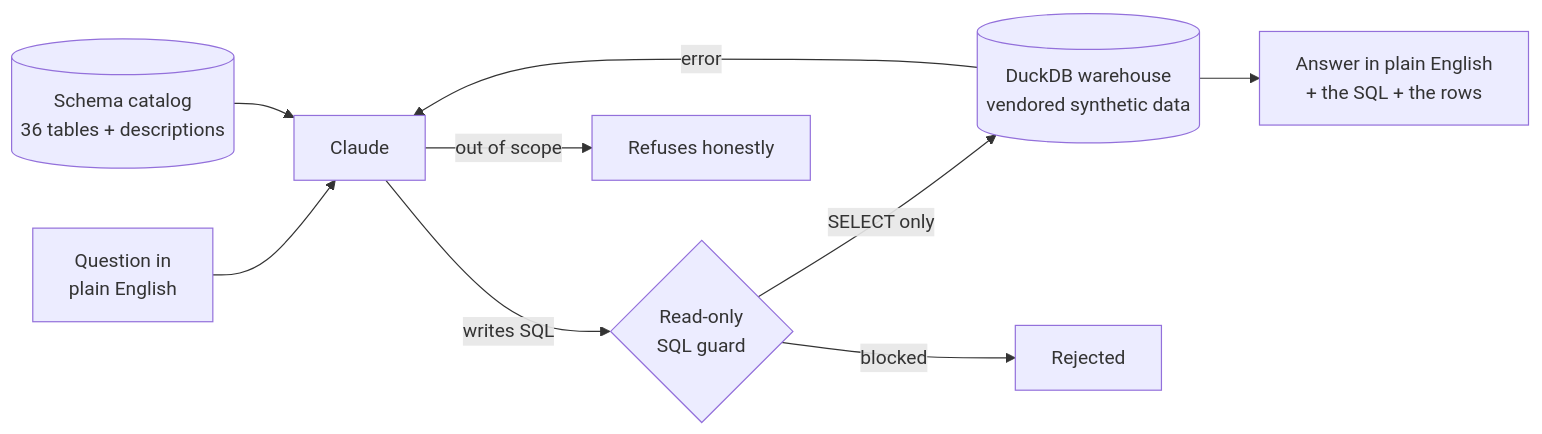
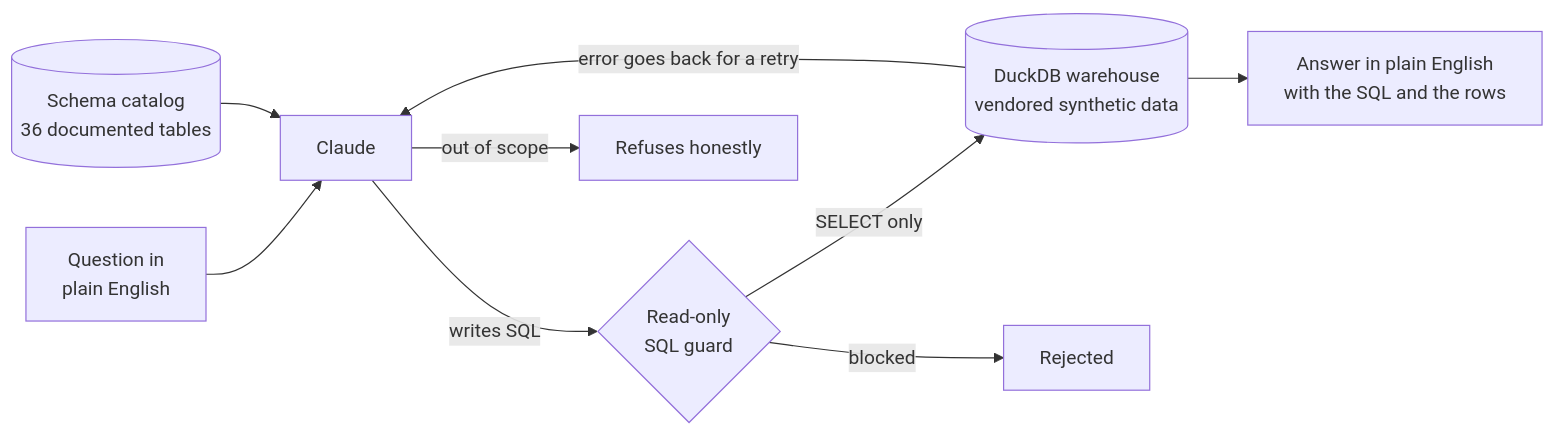
Before and after one commit to KushPatel29/IVA: the diagram in README.md, drawn with Mermaid.

Commit message:
Fix mermaid diagram so GitHub renders it (proven-safe dialect: unquoted node labels, quoted edge labels, no quoted cylinder shapes)

````diff
--- a/README.md
+++ b/README.md
@@ -82,11 +82,11 @@
 ```mermaid
 flowchart LR
-    Q["Question in<br/>plain English"] --> A[Claude]
-    C[("Schema catalog<br/>36 tables + descriptions")] --> A
-    A -->|writes SQL| G{"Read-only<br/>SQL guard"}
-    A -->|out of scope| R["Refuses honestly"]
-    G -->|SELECT only| DB[("DuckDB warehouse<br/>vendored synthetic data")]
-    G -->|blocked| X["Rejected"]
-    DB -->|error| A
-    DB --> S["Answer in plain English<br/>+ the SQL + the rows"]
+    Q[Question in<br/>plain English] --> A[Claude]
+    C[(Schema catalog<br/>36 documented tables)] --> A
+    A -->|"writes SQL"| G{Read-only<br/>SQL guard}
+    A -->|"out of scope"| R[Refuses honestly]
+    G -->|"SELECT only"| W[(DuckDB warehouse<br/>vendored synthetic data)]
+    G -->|"blocked"| X[Rejected]
+    W -->|"error goes back for a retry"| A
+    W --> S[Answer in plain English<br/>with the SQL and the rows]
 ```
````
